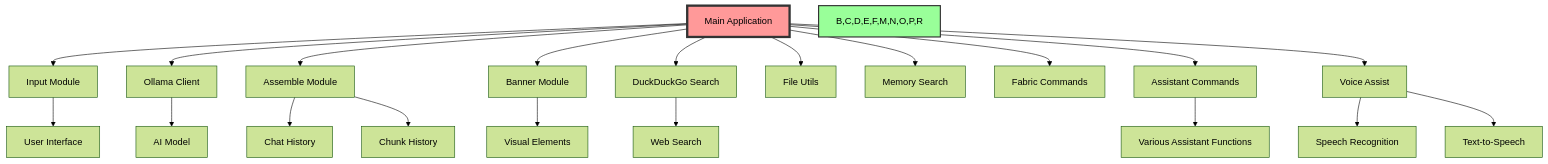
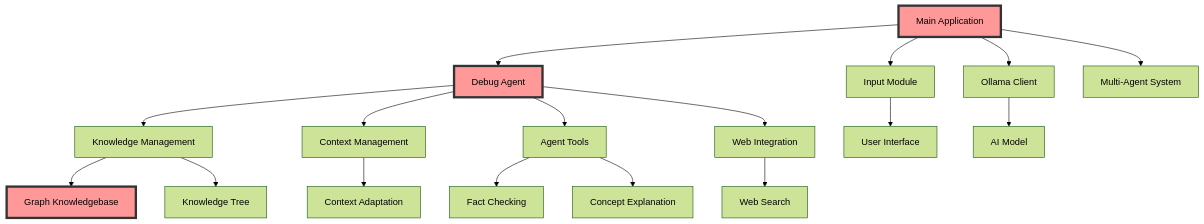
The diagram in docs/architecture_guide.md (MikeyBeez/Ollama_Agents), drawn with Mermaid (forest theme) before and after one commit. The commit also changed other lines of this file and 1 other file, not shown here.

````diff
--- a/docs/architecture_guide.md
+++ b/docs/architecture_guide.md
@@ -28,24 +22,22 @@
 ```mermaid
 graph TD
     A[Main Application] --> B[Input Module]
     A --> C[Ollama Client]
-    A --> D[Assemble Module]
-    A --> E[Banner Module]
-    A --> F[DuckDuckGo Search]
-    B --> G[User Interface]
-    C --> H[AI Model]
-    D --> I[Chat History]
-    D --> J[Chunk History]
-    E --> K[Visual Elements]
-    F --> L[Web Search]
-    A --> M[File Utils]
-    A --> N[Memory Search]
-    A --> O[Fabric Commands]
-    A --> P[Assistant Commands]
-    P --> Q[Various Assistant Functions]
-    A --> R[Voice Assist]
-    R --> S[Speech Recognition]
-    R --> T[Text-to-Speech]
+    A --> D[Debug Agent]
+    D --> E[Knowledge Management]
+    E --> P[Graph Knowledgebase]
+    D --> F[Context Management]
+    D --> G[Agent Tools]
+    D --> H[Web Integration]
+    B --> I[User Interface]
+    C --> J[AI Model]
+    E --> K[Knowledge Tree]
+    F --> L[Context Adaptation]
+    G --> M[Fact Checking]
+    G --> N[Concept Explanation]
+    H --> O[Web Search]
+    A --> Q[Multi-Agent System]
     style A fill:#ff9999,stroke:#333,stroke-width:4px
-    style B,C,D,E,F,M,N,O,P,R fill:#99ff99,stroke:#333,stroke-width:2px
+    style D fill:#ff9999,stroke:#333,stroke-width:4px
+    style P fill:#ff9999,stroke:#333,stroke-width:4px
 ```
````
